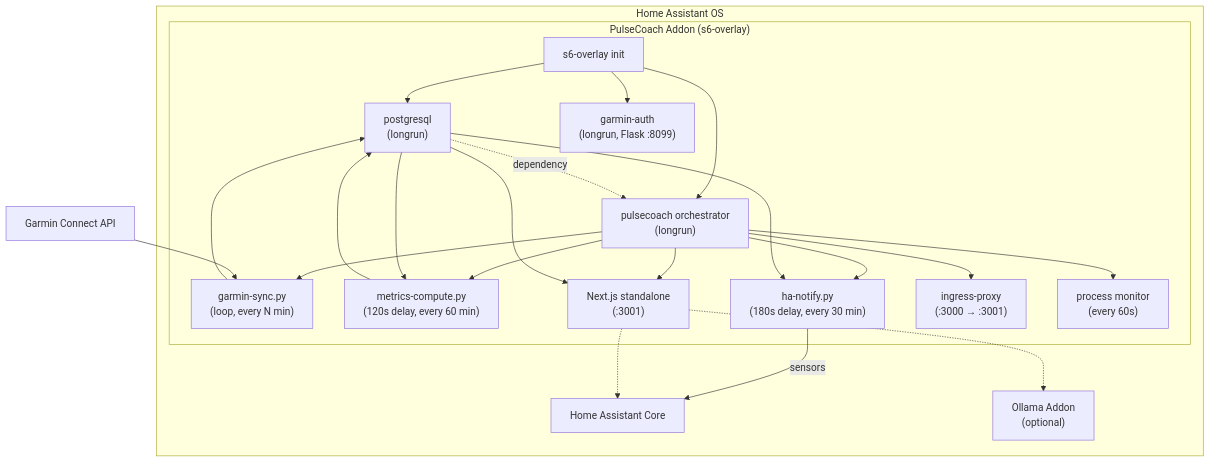
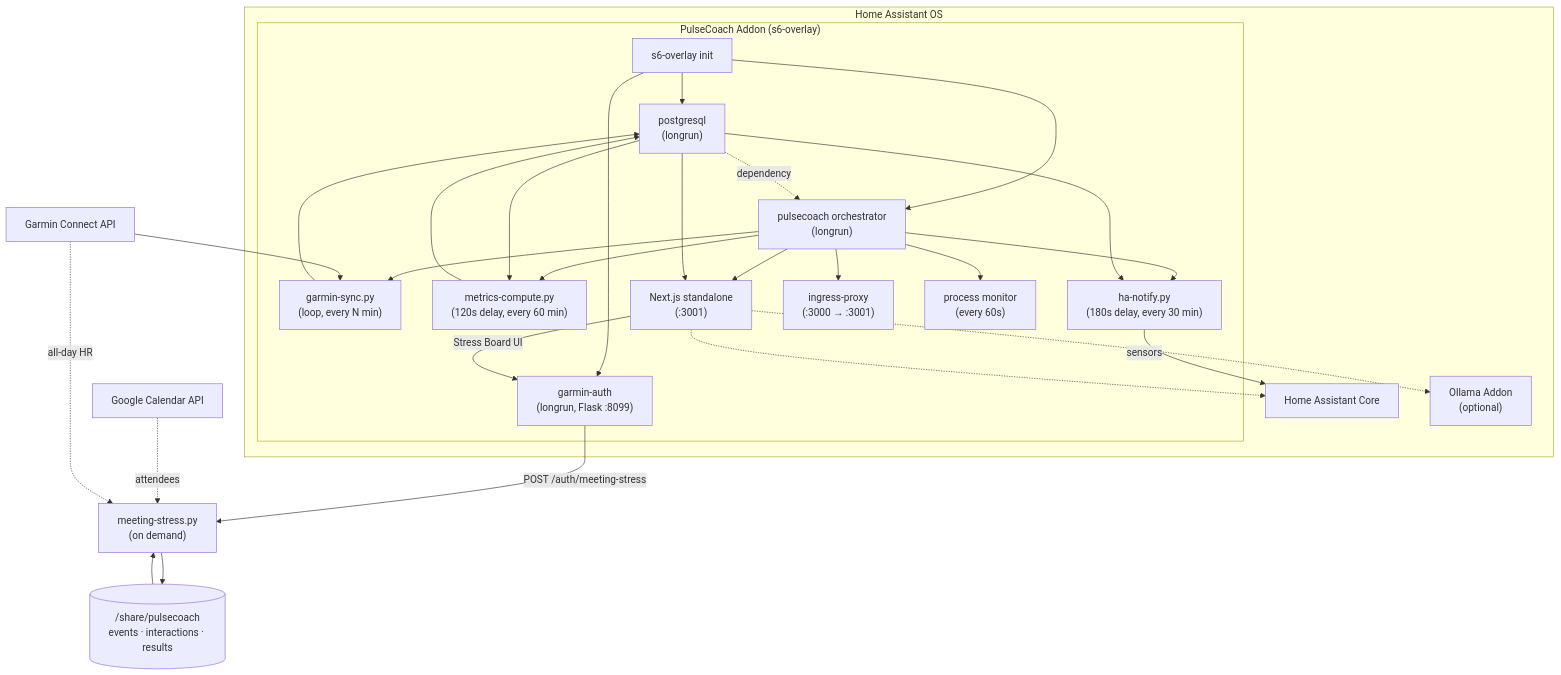
The diagram in README.md (askb/ha-garmin-fitness-coach-addon), drawn with Mermaid before and after one commit. The commit also changed other lines of this file and 1 other file, not shown here.

Commit message:
docs: document stress board, calendar linking, and interactions
Add the Stress Board to README features and architecture diagram, and
a full DOCS.md section: method summary (local baseline + ridge),
calendar sources (linked Google Calendar, ICS export, HA-logged
interactions), running instructions, caveats, and a privacy note about
other people's names in results.

````diff
--- a/README.md
+++ b/README.md
@@ -129,42 +133,53 @@
 ```mermaid
 graph TD
     subgraph "Home Assistant OS"
         subgraph "PulseCoach Addon (s6-overlay)"
             S6["s6-overlay init"]
             PG["postgresql<br/>(longrun)"]
             Auth["garmin-auth<br/>(longrun, Flask :8099)"]
             GC["pulsecoach orchestrator<br/>(longrun)"]
             Sync["garmin-sync.py<br/>(loop, every N min)"]
             Metrics["metrics-compute.py<br/>(120s delay, every 60 min)"]
             Notify["ha-notify.py<br/>(180s delay, every 30 min)"]
             NextJS["Next.js standalone<br/>(:3001)"]
             Ingress["ingress-proxy<br/>(:3000 → :3001)"]
             Monitor["process monitor<br/>(every 60s)"]
         end
         HA["Home Assistant Core"]
         Ollama["Ollama Addon<br/>(optional)"]
     end
 
     Garmin["Garmin Connect API"]
 
     S6 --> PG
     S6 --> Auth
     S6 --> GC
     PG -.->|dependency| GC
     GC --> Sync
     GC --> Metrics
     GC --> Notify
     GC --> NextJS
     GC --> Ingress
     GC --> Monitor
 
     Garmin --> Sync
     Sync --> PG
     PG --> Metrics
     Metrics --> PG
     PG --> Notify
     Notify -->|sensors| HA
     PG --> NextJS
     NextJS -.-> Ollama
     NextJS -.-> HA
+
+    GCal["Google Calendar API"]
+    Stress["meeting-stress.py<br/>(on demand)"]
+    Share[("/share/pulsecoach<br/>events · interactions · results")]
+
+    Auth -->|POST /auth/meeting-stress| Stress
+    GCal -.->|attendees| Stress
+    Garmin -.->|all-day HR| Stress
+    Share --> Stress
+    Stress --> Share
+    NextJS -->|Stress Board UI| Auth
 ```
````
